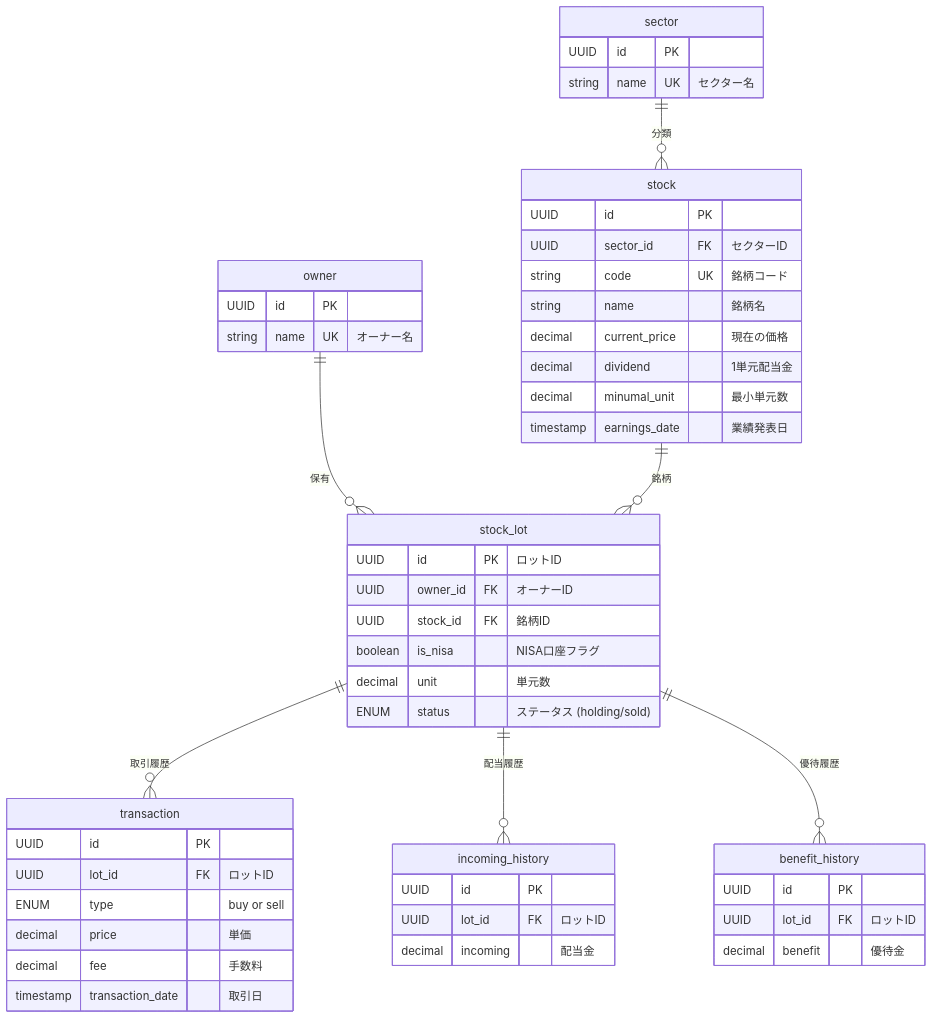
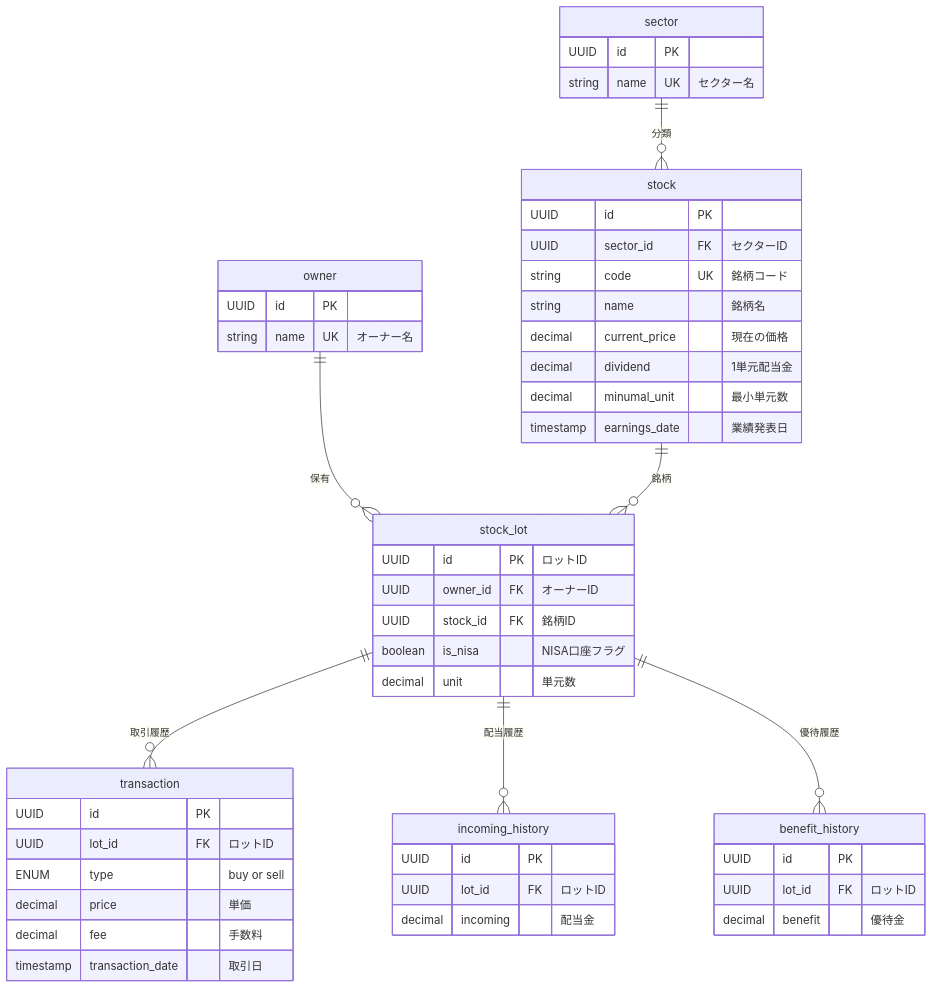
Before and after one commit to ijikeman/StockManager: the diagram in ER.md, drawn with Mermaid. The commit also changed 14 other files, not shown here.

````diff
--- a/ER.md
+++ b/ER.md
@@ -12,61 +12,60 @@
 ```mermaid
 erDiagram
     stock {
         UUID id PK
         UUID sector_id FK "セクターID"
         string code UK "銘柄コード"
         string name "銘柄名"
         decimal current_price "現在の価格"
         decimal dividend "1単元配当金"
         decimal minumal_unit "最小単元数"
         timestamp earnings_date "業績発表日"
     }
     
     stock_lot {
         UUID id PK "ロットID"
         UUID owner_id FK "オーナーID"
         UUID stock_id FK "銘柄ID" 
         boolean is_nisa "NISA口座フラグ"
         decimal unit "単元数"
-        ENUM status "ステータス (holding/sold)"
     }
     
     transaction {
         UUID id PK
         UUID lot_id FK "ロットID"
         ENUM type "buy or sell"
         decimal price "単価"
         decimal fee "手数料"
         timestamp transaction_date "取引日"
     }
 
     incoming_history {
         UUID id PK
         UUID lot_id FK "ロットID"
         decimal incoming "配当金"
     }
 
     benefit_history {
         UUID id PK
         UUID lot_id FK "ロットID"
         decimal benefit "優待金"
     }
 
     owner {
         UUID id PK
         string name UK "オーナー名"
     }
     
 
     sector {
         UUID id PK
         string name UK "セクター名"
     }
     
     owner ||--o{ stock_lot : "保有"
     stock ||--o{ stock_lot : "銘柄"
     stock_lot ||--o{ transaction : "取引履歴"
     stock_lot ||--o{ incoming_history : "配当履歴"
     stock_lot ||--o{ benefit_history : "優待履歴"
     sector ||--o{ stock : "分類"
 ```
````
